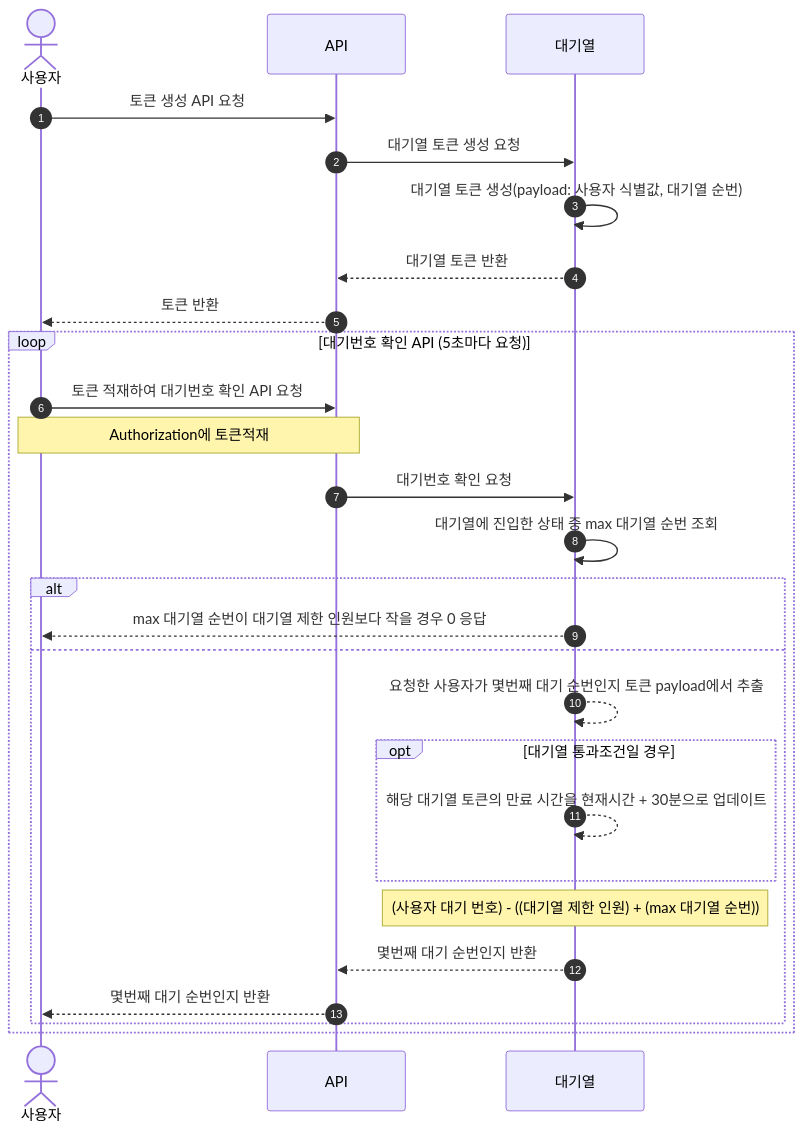
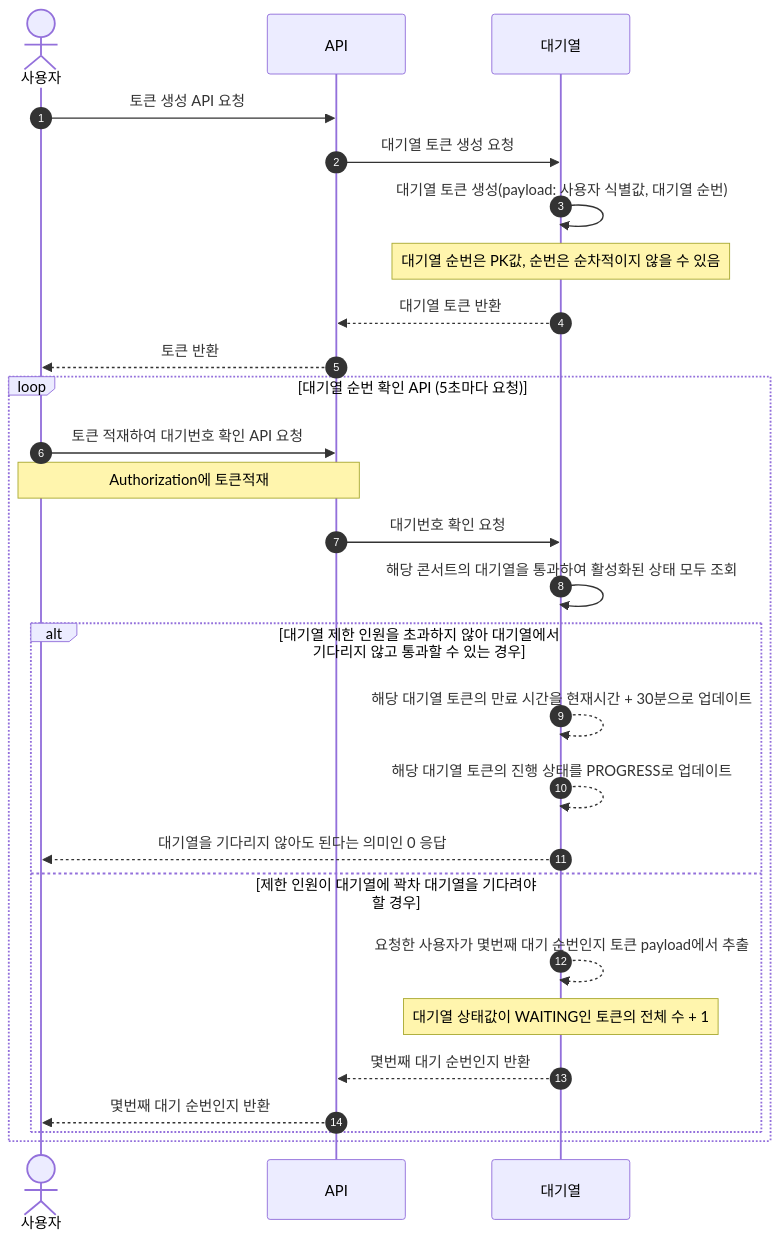
The first of 7 diagrams in docs/sequence.md (jikimee64/hhplus-concert), drawn with Mermaid before and after one commit. The commit also changed other lines of this file, not shown here.

First line of the commit message:
docs: 시퀀스 다이어그램 수정

````diff
--- a/docs/sequence.md
+++ b/docs/sequence.md
@@ -5,29 +5,29 @@
 ```mermaid
 sequenceDiagram
     autonumber
     actor 사용자 as 사용자
     participant API as API
     participant 대기열 as 대기열
     사용자 ->> API: 토큰 생성 API 요청
     API ->> 대기열: 대기열 토큰 생성 요청
     대기열 ->> 대기열: 대기열 토큰 생성(payload: 사용자 식별값, 대기열 순번)
+    Note over 대기열, 대기열: 대기열 순번은 PK값, 순번은 순차적이지 않을 수 있음
     대기열 -->> API: 대기열 토큰 반환
     API -->> 사용자: 토큰 반환
-    loop 대기번호 확인 API (5초마다 요청)
+    loop 대기열 순번 확인 API (5초마다 요청)
         사용자 ->> API: 토큰 적재하여 대기번호 확인 API 요청
         Note over 사용자, API: Authorization에 토큰적재
         API ->> 대기열: 대기번호 확인 요청
-        대기열 ->> 대기열: 대기열에 진입한 상태 중 max 대기열 순번 조회
-        alt
-            대기열 -->> 사용자: max 대기열 순번이 대기열 제한 인원보다 작을 경우 0 응답
-        else
+        대기열 ->> 대기열: 해당 콘서트의 대기열을 통과하여 활성화된 상태 모두 조회
+        alt 대기열 제한 인원을 초과하지 않아 대기열에서 기다리지 않고 통과할 수 있는 경우
+            대기열 -->> 대기열: 해당 대기열 토큰의 만료 시간을 현재시간 + 30분으로 업데이트
+            대기열 -->> 대기열: 해당 대기열 토큰의 진행 상태를 PROGRESS로 업데이트
+            대기열 -->> 사용자: 대기열을 기다리지 않아도 된다는 의미인 0 응답
+        else 제한 인원이 대기열에 꽉차 대기열을 기다려야 할 경우
             대기열 -->> 대기열: 요청한 사용자가 몇번째 대기 순번인지 토큰 payload에서 추출
-            opt 대기열 통과조건일 경우
-                대기열 -->> 대기열: 해당 대기열 토큰의 만료 시간을 현재시간 + 30분으로 업데이트
-            end
-            Note over 대기열, 대기열: (사용자 대기 번호) - ((대기열 제한 인원) + (max 대기열 순번))
+            Note over 대기열, 대기열: 대기열 상태값이 WAITING인 토큰의 전체 수 + 1
             대기열 -->> API: 몇번째 대기 순번인지 반환
             API -->> 사용자: 몇번째 대기 순번인지 반환
         end
     end
 ```
````
